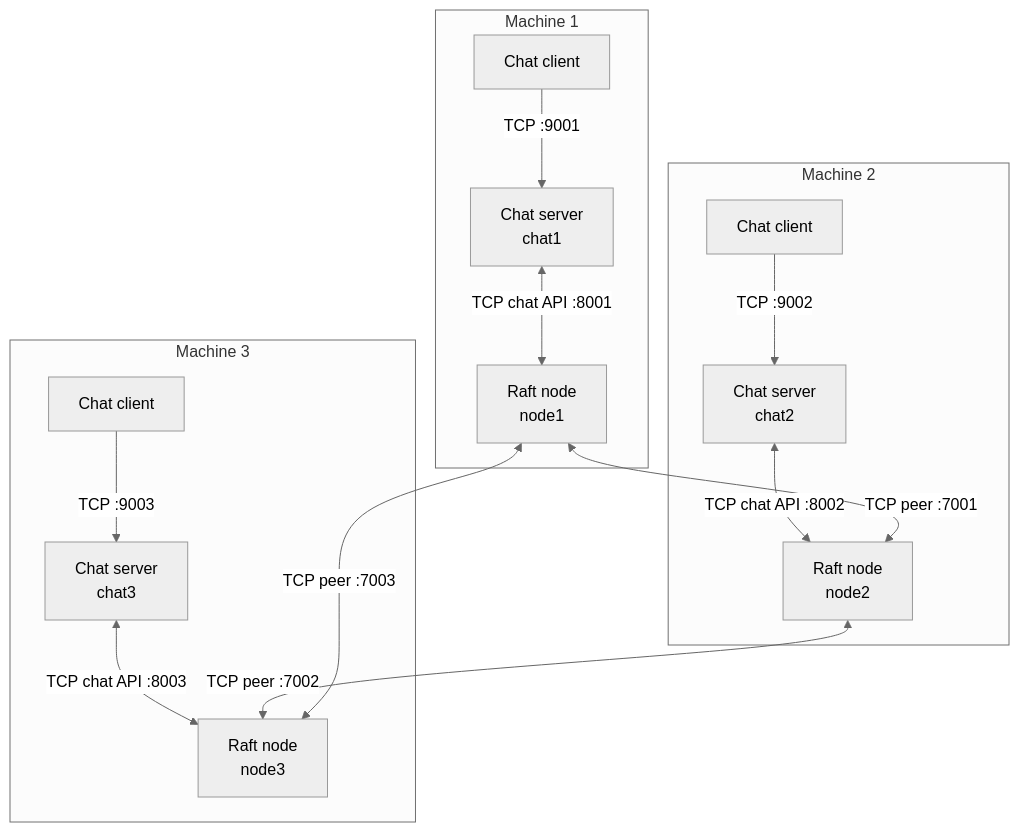
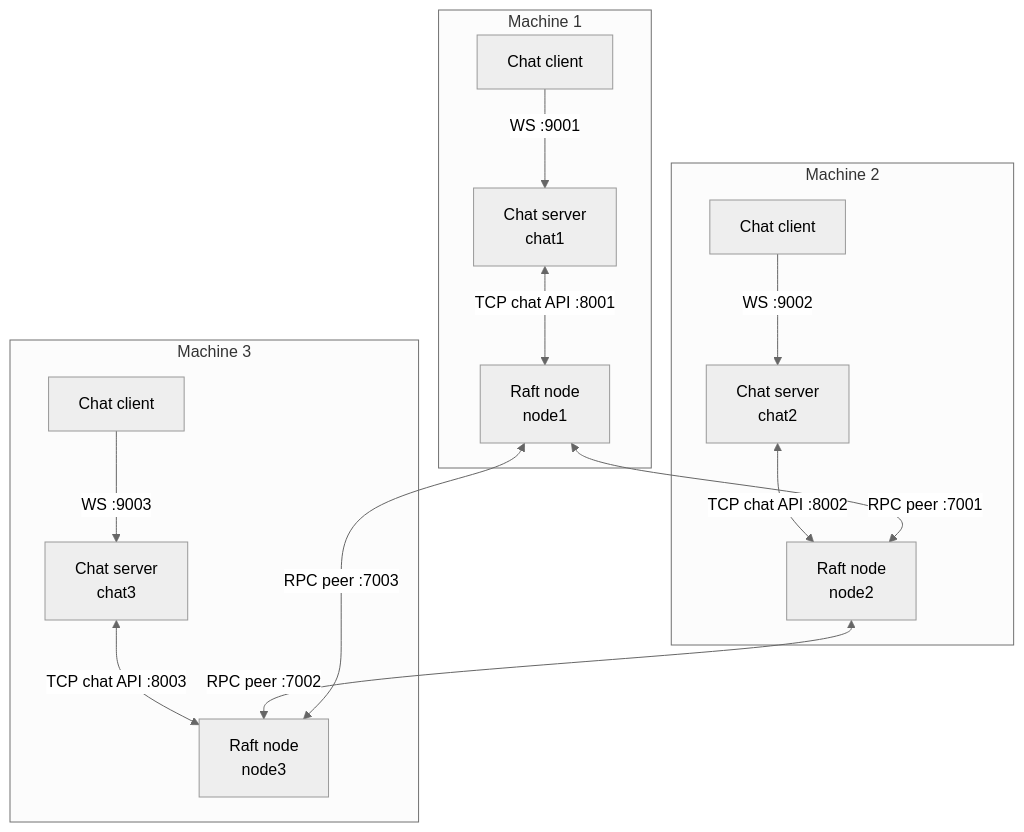
The first of 3 diagrams in docs/architecture.md (kokorohoriuchi/chatservice), drawn with Mermaid (neutral theme) before and after one commit. The commit also changed 8 other files, not shown here.

````diff
--- a/docs/architecture.md
+++ b/docs/architecture.md
@@ -9,30 +9,30 @@
 ```mermaid
 flowchart TB
     subgraph M1["Machine 1"]
         C1["Chat client"]
         CS1["Chat server<br/>chat1"]
         R1["Raft node<br/>node1"]
-        C1 -->|"TCP :9001"| CS1
+        C1 -->|"WS :9001"| CS1
         CS1 <-->|"TCP chat API :8001"| R1
     end
 
     subgraph M2["Machine 2"]
         C2["Chat client"]
         CS2["Chat server<br/>chat2"]
         R2["Raft node<br/>node2"]
-        C2 -->|"TCP :9002"| CS2
+        C2 -->|"WS :9002"| CS2
         CS2 <-->|"TCP chat API :8002"| R2
     end
 
     subgraph M3["Machine 3"]
         C3["Chat client"]
         CS3["Chat server<br/>chat3"]
         R3["Raft node<br/>node3"]
-        C3 -->|"TCP :9003"| CS3
+        C3 -->|"WS :9003"| CS3
         CS3 <-->|"TCP chat API :8003"| R3
     end
 
-    R1 <-->|"TCP peer :7001"| R2
-    R2 <-->|"TCP peer :7002"| R3
-    R1 <-->|"TCP peer :7003"| R3
+    R1 <-->|"RPC peer :7001"| R2
+    R2 <-->|"RPC peer :7002"| R3
+    R1 <-->|"RPC peer :7003"| R3
 ```
````
